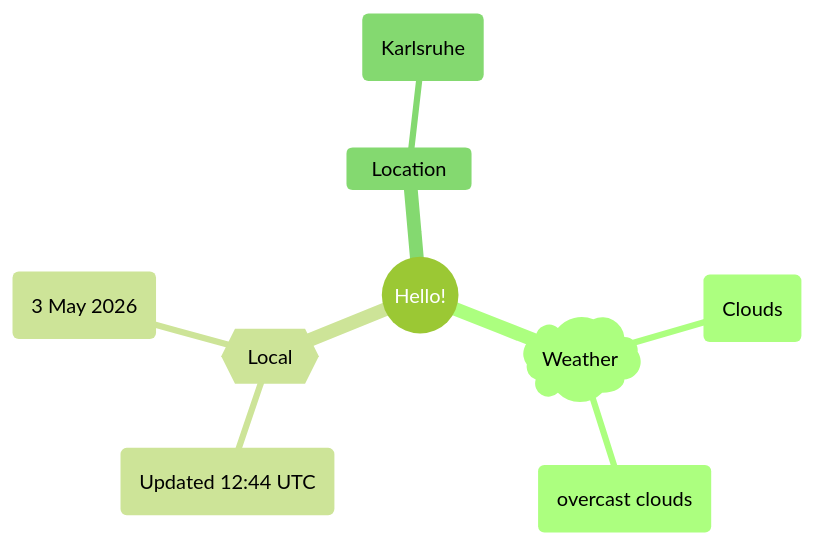
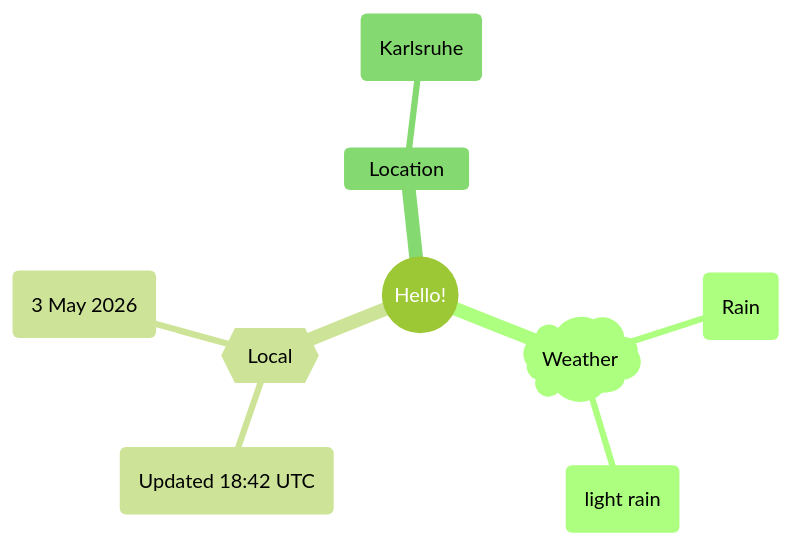
The first of 2 diagrams in README.md (Xosrov/Xosrov), drawn with Mermaid (forest theme) before and after one commit.

Commit message:
[bot] updated images

````diff
--- a/README.md
+++ b/README.md
@@ -3,12 +3,12 @@
 ```mermaid
 mindmap
   root((Hello!))
     )Weather(
-        (Clouds)
-        (overcast clouds)
+        (Rain)
+        (light rain)
     {{Local}}
-        (Updated 12:44 UTC)
+        (Updated 18:42 UTC)
         (3 May 2026)
     Location
         (Karlsruhe)
 ```
````
